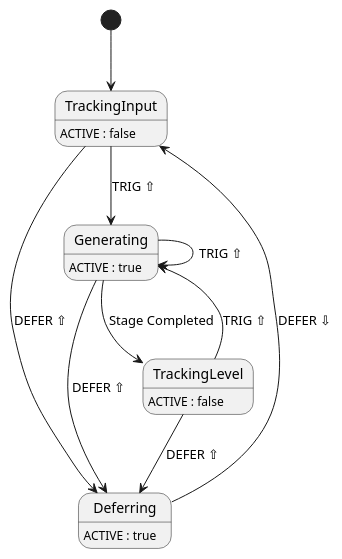
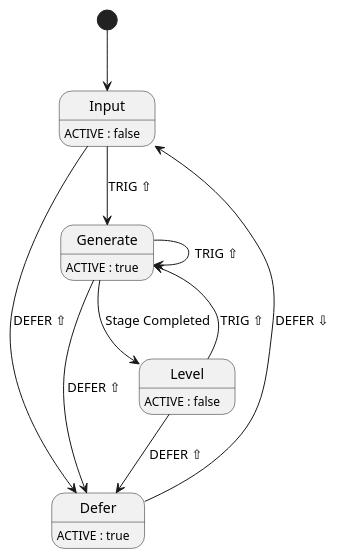
One commit to dhemery/DHE-Modules changed the diagram in _diagrams/stage-state-model.puml. Above: the diagram before and after it, drawn with PlantUML. The commit also changed 3 other files, not shown here.

Commit message:
Fiddle with diagrams

```diff
--- a/_diagrams/stage-state-model.puml
+++ b/_diagrams/stage-state-model.puml
@@ -1,20 +1,20 @@
 @startuml
-[*] --> TrackingInput
+[*] --> Input
 
-Deferring : ACTIVE : true
-Deferring --> TrackingInput : DEFER ⇩
+Defer : ACTIVE : true
+Defer --> Input : DEFER ⇩
 
-Generating : ACTIVE : true
-Generating --> Deferring : DEFER ⇧
-Generating --> Generating : TRIG ⇧
-Generating --> TrackingLevel : Stage Completed
+Generate : ACTIVE : true
+Generate --> Defer : DEFER ⇧
+Generate --> Generate : TRIG ⇧
+Generate --> Level : Stage Completed
 
-TrackingInput : ACTIVE : false
-TrackingInput --> Deferring : DEFER ⇧
-TrackingInput --> Generating : TRIG ⇧
+Input : ACTIVE : false
+Input --> Defer : DEFER ⇧
+Input --> Generate : TRIG ⇧
 
-TrackingLevel : ACTIVE : false
-TrackingLevel --> Deferring : DEFER ⇧
-TrackingLevel --> Generating : TRIG ⇧
+Level : ACTIVE : false
+Level --> Defer : DEFER ⇧
+Level --> Generate : TRIG ⇧
 
 @enduml
```
